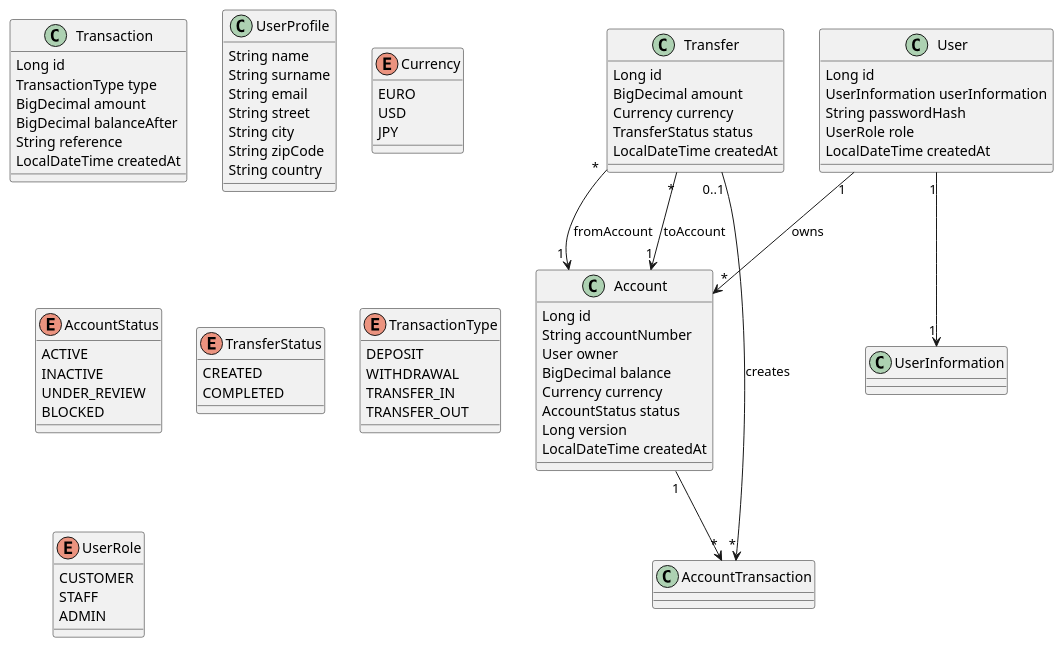
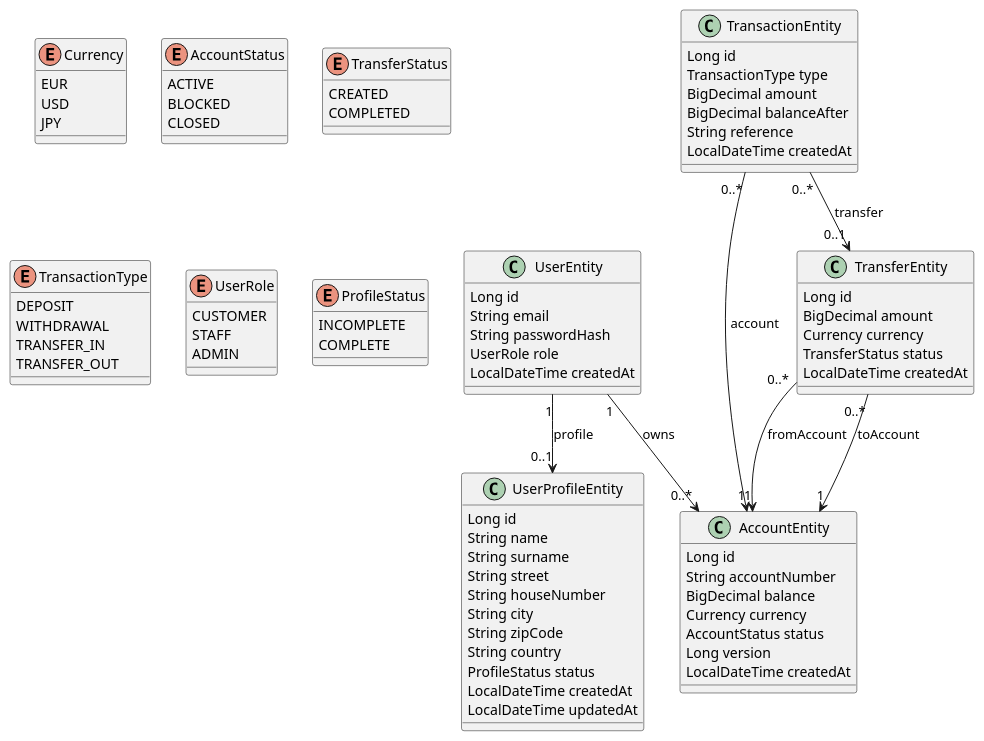
The diagram in docs/class/class-diagram.puml (Dare2510/Digital-Banking-API), drawn with PlantUML before and after one commit. The commit also changed 17 other files, not shown here.

Commit message:
updated docs. refactored endpoints. renamed user to userRole

```diff
--- a/docs/class/class-diagram.puml
+++ b/docs/class/class-diagram.puml
@@ -1,91 +1,96 @@
 @startuml
 
-class Account{
+class AccountEntity {
     Long id
     String accountNumber
-    User owner
     BigDecimal balance
     Currency currency
     AccountStatus status
     Long version
     LocalDateTime createdAt
-
 }
 
-class User{
-   Long id
-   UserInformation userInformation
-   String passwordHash
-   UserRole role
-   LocalDateTime createdAt
+class UserEntity {
+    Long id
+    String email
+    String passwordHash
+    UserRole role
+    LocalDateTime createdAt
 }
 
-class Transfer{
+class UserProfileEntity {
+    Long id
+    String name
+    String surname
+    String street
+    String houseNumber
+    String city
+    String zipCode
+    String country
+    ProfileStatus status
+    LocalDateTime createdAt
+    LocalDateTime updatedAt
+}
+
+class TransferEntity {
     Long id
     BigDecimal amount
     Currency currency
     TransferStatus status
     LocalDateTime createdAt
 }
 
-class Transaction {
+class TransactionEntity {
     Long id
     TransactionType type
     BigDecimal amount
     BigDecimal balanceAfter
     String reference
     LocalDateTime createdAt
 }
 
-class UserProfile{
-   String name
-   String surname
-   String email
-   String street
-   String city
-   String zipCode
-   String country
-}
-
-enum Currency{
-    EURO
+enum Currency {
+    EUR
     USD
     JPY
 }
 
-enum AccountStatus{
+enum AccountStatus {
     ACTIVE
-    INACTIVE
-    UNDER_REVIEW
     BLOCKED
+    CLOSED
 }
 
-enum TransferStatus{
+enum TransferStatus {
     CREATED
     COMPLETED
 }
 
 enum TransactionType {
     DEPOSIT
     WITHDRAWAL
     TRANSFER_IN
     TRANSFER_OUT
 }
 
-enum UserRole{
+enum UserRole {
     CUSTOMER
     STAFF
     ADMIN
-
 }
 
-User "1" --> "1" UserInformation
-User "1" --> "*" Account : owns
+enum ProfileStatus {
+    INCOMPLETE
+    COMPLETE
+}
 
-Transfer "*" --> "1" Account : fromAccount
-Transfer "*" --> "1" Account : toAccount
+UserEntity "1" --> "0..1" UserProfileEntity : profile
+UserEntity "1" --> "0..*" AccountEntity : owns
 
-Account "1" --> "*" AccountTransaction
-Transfer "0..1" --> "*" AccountTransaction : creates
+TransferEntity "0..*" --> "1" AccountEntity : fromAccount
+TransferEntity "0..*" --> "1" AccountEntity : toAccount
+
+TransactionEntity "0..*" --> "1" AccountEntity : account
+TransactionEntity "0..*" --> "0..1" TransferEntity : transfer
 
 @enduml
```
